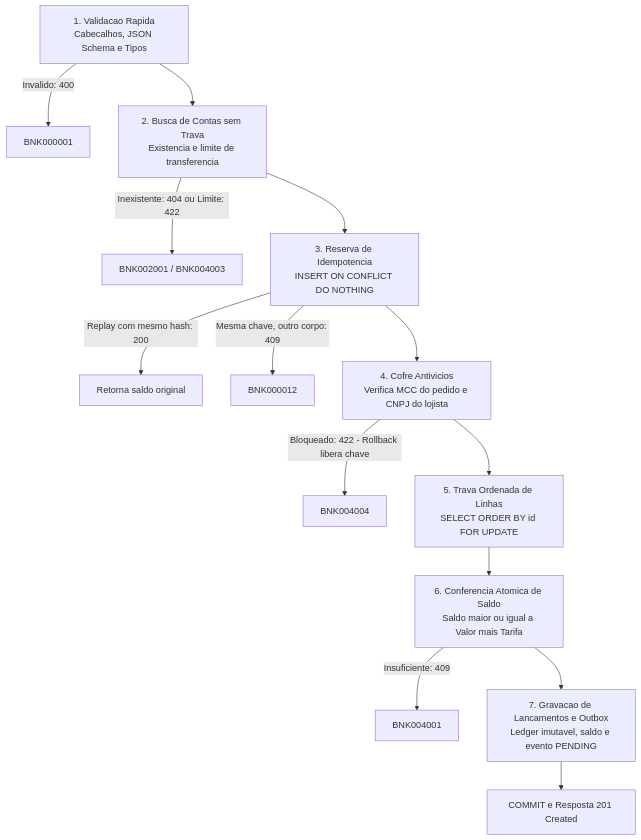
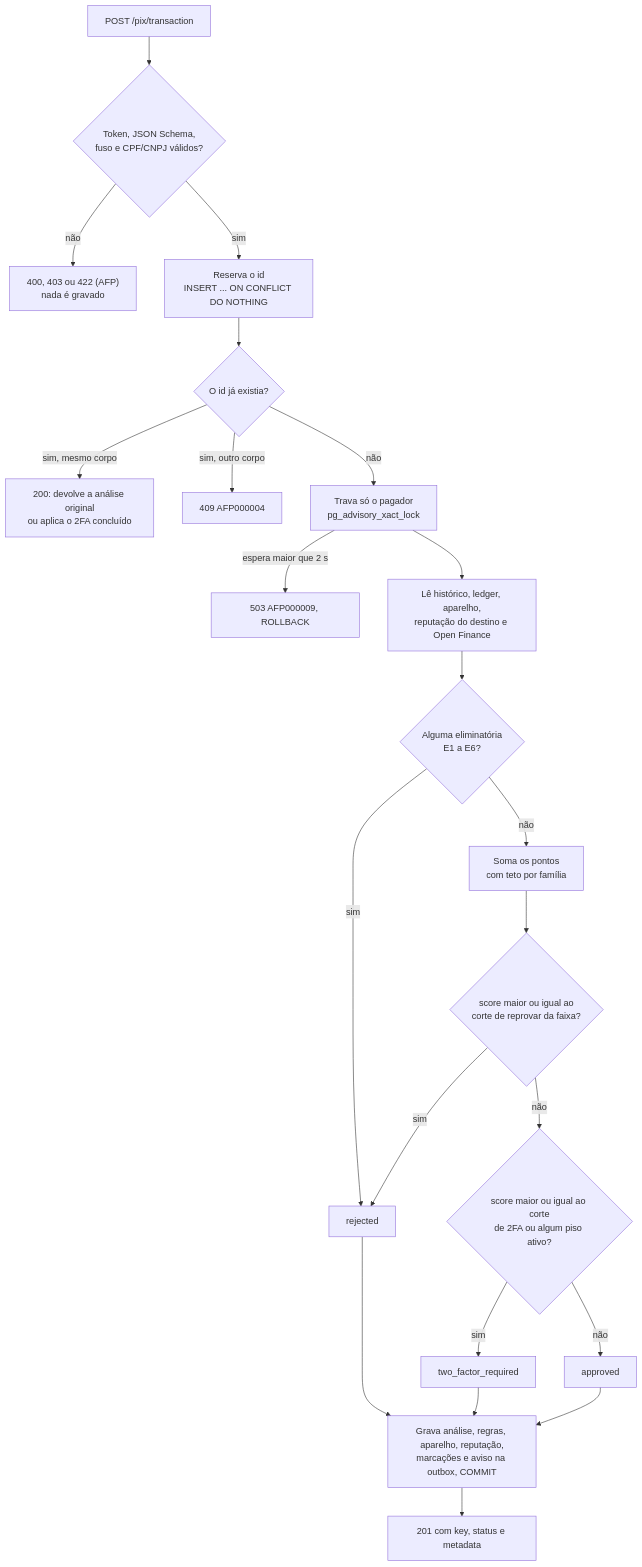
The second of 4 diagrams in bootcamp-entrega-final/README.md (HenriqueJCManco/BootcampQITech), drawn with Mermaid before and after one commit. The commit also changed other lines of this file and 5 other files, not shown here.

````diff
--- a/bootcamp-entrega-final/README.md
+++ b/bootcamp-entrega-final/README.md
@@ -88,16 +52,24 @@
 ```mermaid
 flowchart TD
-    A["1. Validacao Rapida<br/>Cabecalhos, JSON Schema e Tipos"] -->|Invalido: 400| E1["BNK000001"]
-    A --> B["2. Busca de Contas sem Trava<br/>Existencia e limite de transferencia"]
-    B -->|Inexistente: 404 ou Limite: 422| E2["BNK002001 / BNK004003"]
-    B --> C["3. Reserva de Idempotencia<br/>INSERT ON CONFLICT DO NOTHING"]
-    C -->|Replay com mesmo hash: 200| OK1["Retorna saldo original"]
-    C -->|Mesma chave, outro corpo: 409| E3["BNK000012"]
-    C --> D["4. Cofre Antivicios<br/>Verifica MCC do pedido e CNPJ do lojista"]
-    D -->|Bloqueado: 422 - Rollback libera chave| E4["BNK004004"]
-    D --> E["5. Trava Ordenada de Linhas<br/>SELECT ORDER BY id FOR UPDATE"]
-    E --> F["6. Conferencia Atomica de Saldo<br/>Saldo maior ou igual a Valor mais Tarifa"]
-    F -->|Insuficiente: 409| E5["BNK004001"]
-    F --> G["7. Gravacao de Lancamentos e Outbox<br/>Ledger imutavel, saldo e evento PENDING"]
-    G --> H["COMMIT e Resposta 201 Created"]
+    A["POST /pix/transaction"] --> B{"Token, JSON Schema,<br/>fuso e CPF/CNPJ válidos?"}
+    B -- não --> X["400, 403 ou 422 (AFP)<br/>nada é gravado"]
+    B -- sim --> C["Reserva o id<br/>INSERT ... ON CONFLICT DO NOTHING"]
+    C --> D{"O id já existia?"}
+    D -- "sim, mesmo corpo" --> R1["200: devolve a análise original<br/>ou aplica o 2FA concluído"]
+    D -- "sim, outro corpo" --> R2["409 AFP000004"]
+    D -- não --> E["Trava só o pagador<br/>pg_advisory_xact_lock"]
+    E -- "espera maior que 2 s" --> R3["503 AFP000009, ROLLBACK"]
+    E --> F["Lê histórico, ledger, aparelho,<br/>reputação do destino e Open Finance"]
+    F --> G{"Alguma eliminatória<br/>E1 a E6?"}
+    G -- sim --> REJ["rejected"]
+    G -- não --> H["Soma os pontos<br/>com teto por família"]
+    H --> I{"score maior ou igual ao<br/>corte de reprovar da faixa?"}
+    I -- sim --> REJ
+    I -- não --> J{"score maior ou igual ao corte<br/>de 2FA ou algum piso ativo?"}
+    J -- sim --> TFA["two_factor_required"]
+    J -- não --> APR["approved"]
+    REJ --> K["Grava análise, regras, aparelho, reputação,<br/>marcações e aviso na outbox, COMMIT"]
+    TFA --> K
+    APR --> K
+    K --> L["201 com key, status e metadata"]
 ```
````
